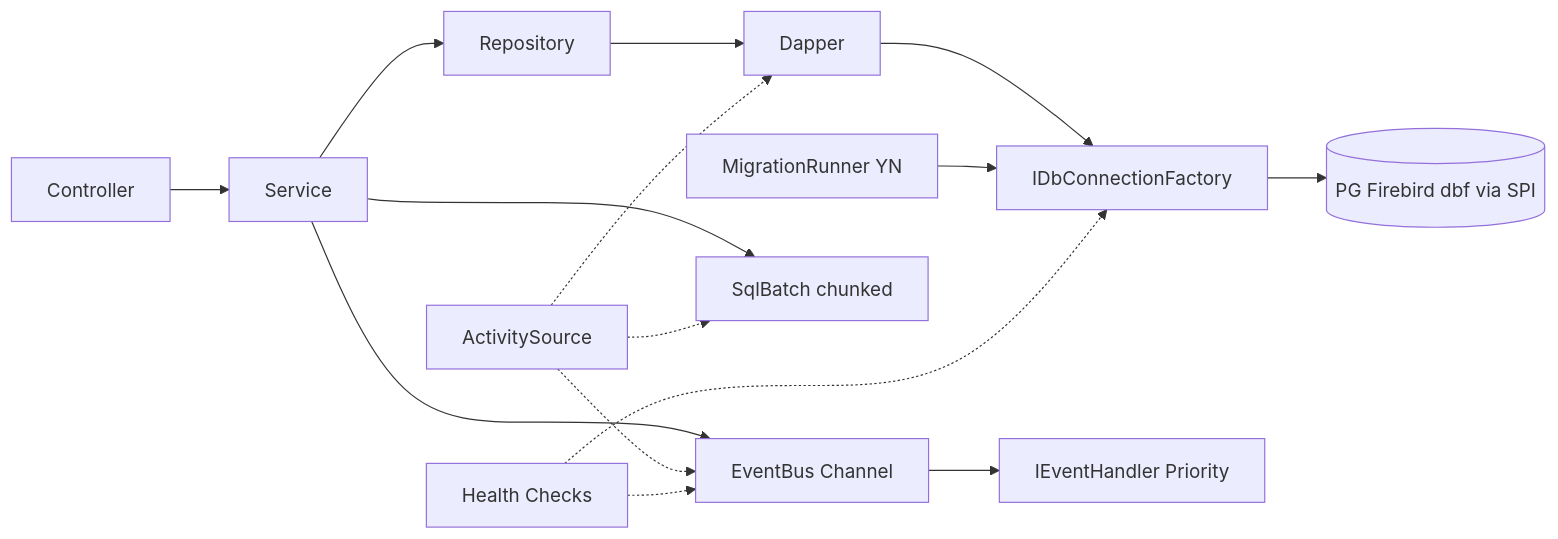
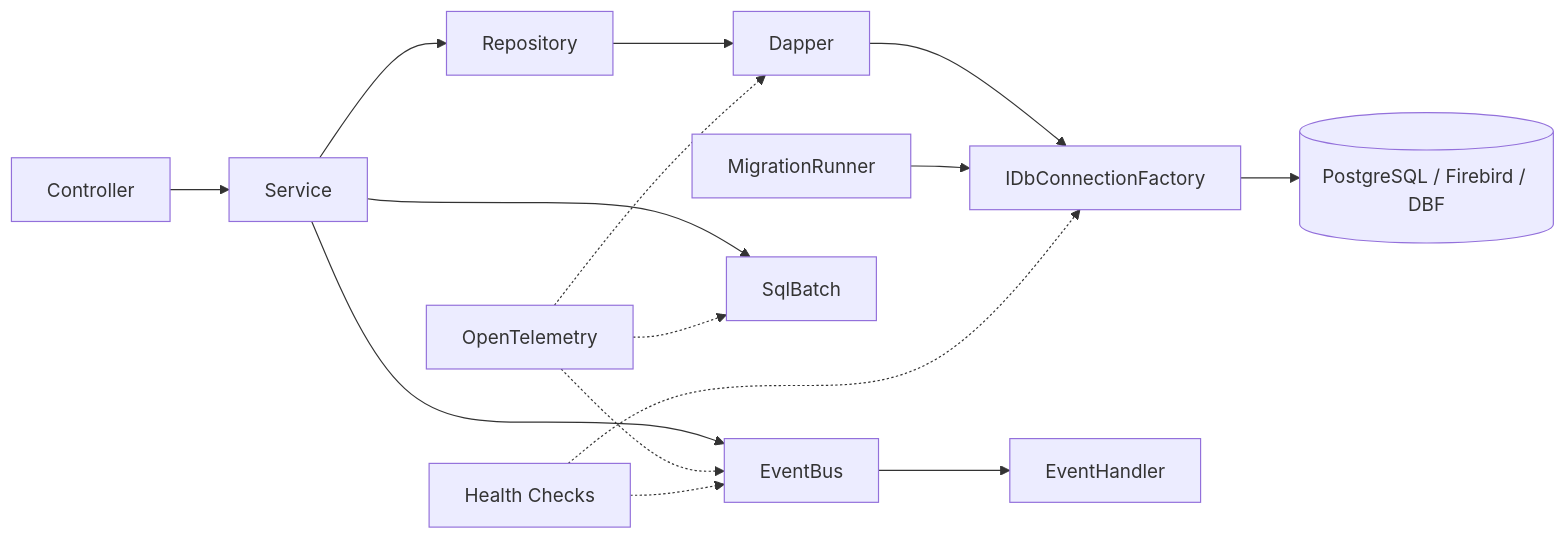
Before and after one commit to edertelhado/Footing.Framework: the diagram in README.md, drawn with Mermaid. The commit also changed other lines of this file, not shown here.

````diff
--- a/README.md
+++ b/README.md
@@ -85,14 +439,22 @@
 ```mermaid
 flowchart LR
-  Controller --> Service["Service"]
-  Service --> Repo["Repository"]
-  Repo --> Dapper
-  Dapper --> Factory["IDbConnectionFactory"]
-  Factory --> DB[("PG Firebird dbf via SPI")]
-  Service --> EB["EventBus Channel"]
-  EB --> Handler["IEventHandler Priority"]
-  Service --> Batch["SqlBatch chunked"]
-  Migrations["MigrationRunner YN"] --> Factory
-  OTel["ActivitySource"] -.-> EB & Dapper & Batch
-  Health["Health Checks"] -.-> Factory & EB
+    Controller --> Service
+    Service --> Repository
+    Repository --> Dapper
+    Dapper --> Factory["IDbConnectionFactory"]
+    Factory --> DB[("PostgreSQL / Firebird / DBF")]
+
+    Service --> EventBus["EventBus"]
+    EventBus --> Handler["EventHandler"]
+
+    Service --> Batch["SqlBatch"]
+
+    MigrationRunner["MigrationRunner"] --> Factory
+
+    OTel["OpenTelemetry"] -.-> EventBus
+    OTel -.-> Dapper
+    OTel -.-> Batch
+
+    Health["Health Checks"] -.-> Factory
+    Health -.-> EventBus
 ```
````
